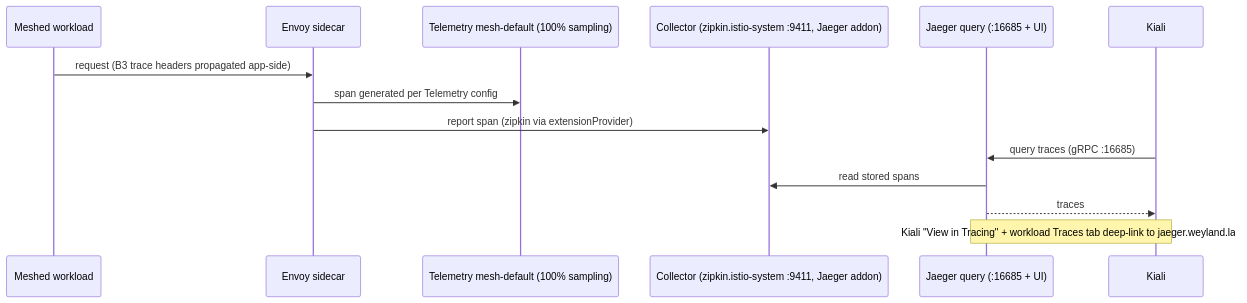
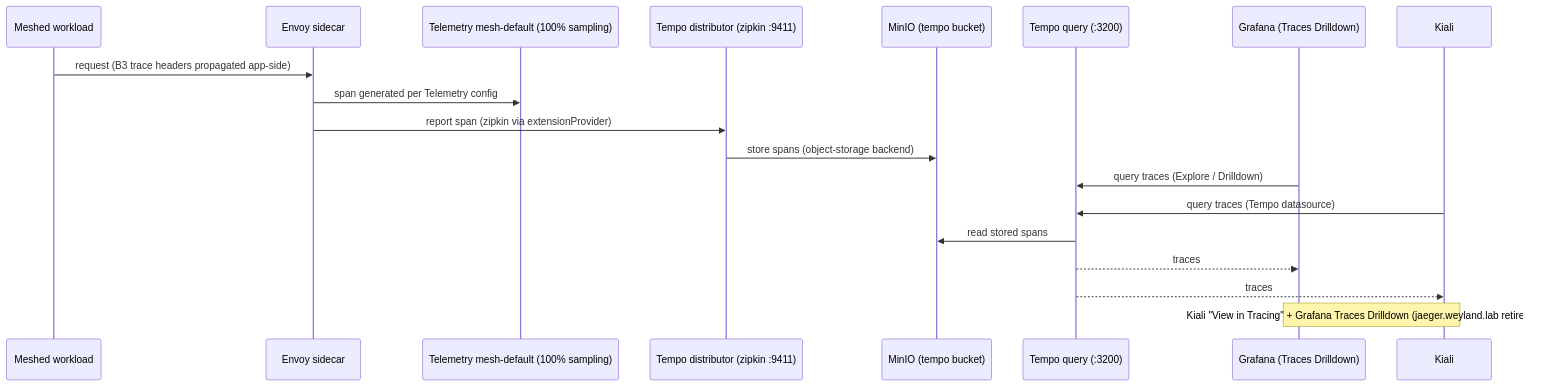
Before and after one commit to edtbl76/weyland-lab: the diagram in docs/diagrams/flow-tracing.md, drawn with Mermaid. The commit also changed other lines of this file and 17 other files, not shown here.

````diff
--- a/docs/diagrams/flow-tracing.md
+++ b/docs/diagrams/flow-tracing.md
@@ -8,16 +10,21 @@
 ```mermaid
 sequenceDiagram
     participant App as Meshed workload
     participant Env as Envoy sidecar
     participant Tel as Telemetry mesh-default (100% sampling)
-    participant Jc as Collector (zipkin.istio-system :9411, Jaeger addon)
-    participant Jq as Jaeger query (:16685 + UI)
+    participant Tc as Tempo distributor (zipkin :9411)
+    participant S3 as MinIO (tempo bucket)
+    participant Tq as Tempo query (:3200)
+    participant G as Grafana (Traces Drilldown)
     participant K as Kiali
     App->>Env: request (B3 trace headers propagated app-side)
     Env->>Tel: span generated per Telemetry config
-    Env->>Jc: report span (zipkin via extensionProvider)
-    K->>Jq: query traces (gRPC :16685)
-    Jq->>Jc: read stored spans
-    Jq-->>K: traces
-    Note over K,Jq: Kiali "View in Tracing" + workload Traces tab deep-link to jaeger.weyland.lab
+    Env->>Tc: report span (zipkin via extensionProvider)
+    Tc->>S3: store spans (object-storage backend)
+    G->>Tq: query traces (Explore / Drilldown)
+    K->>Tq: query traces (Tempo datasource)
+    Tq->>S3: read stored spans
+    Tq-->>G: traces
+    Tq-->>K: traces
+    Note over K,G: Kiali "View in Tracing" + Grafana Traces Drilldown (jaeger.weyland.lab retired, B48)
 ```
````
